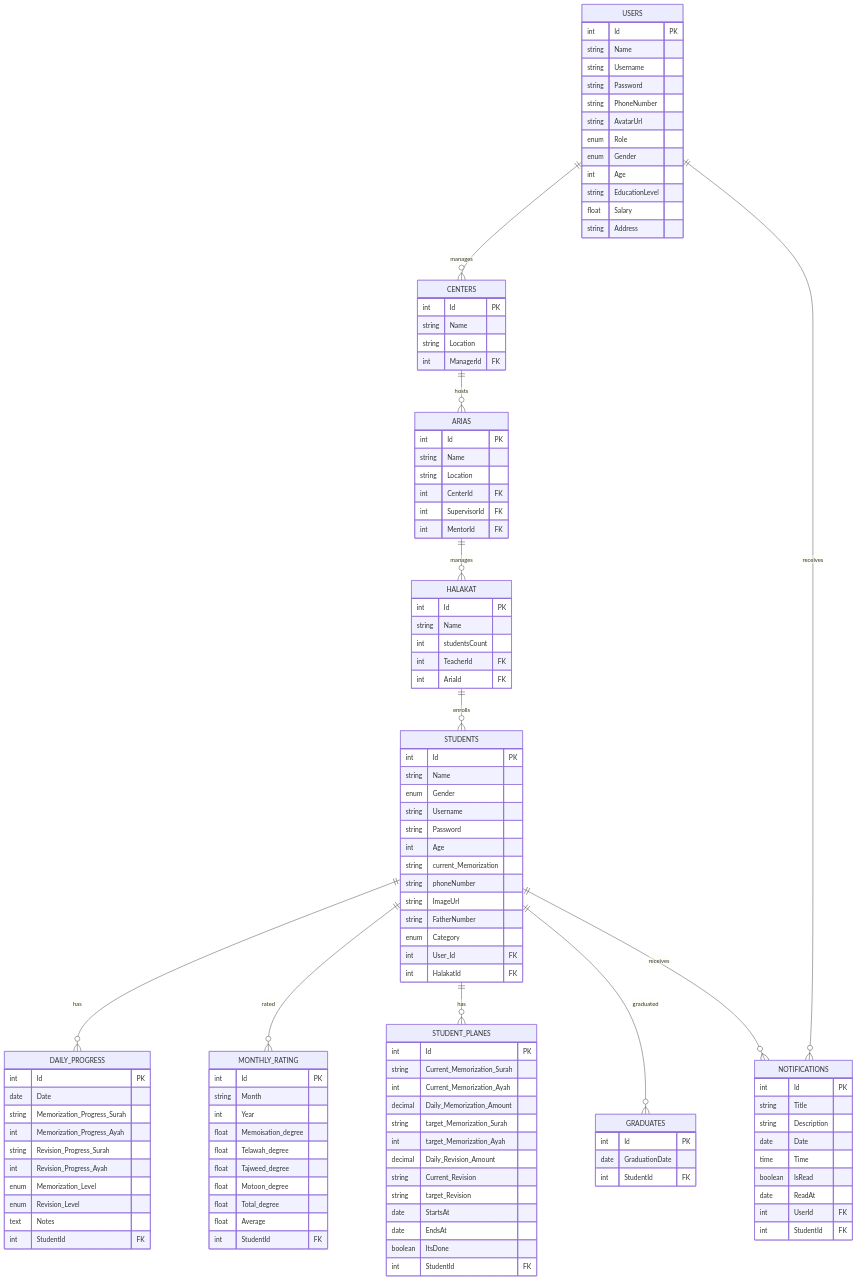
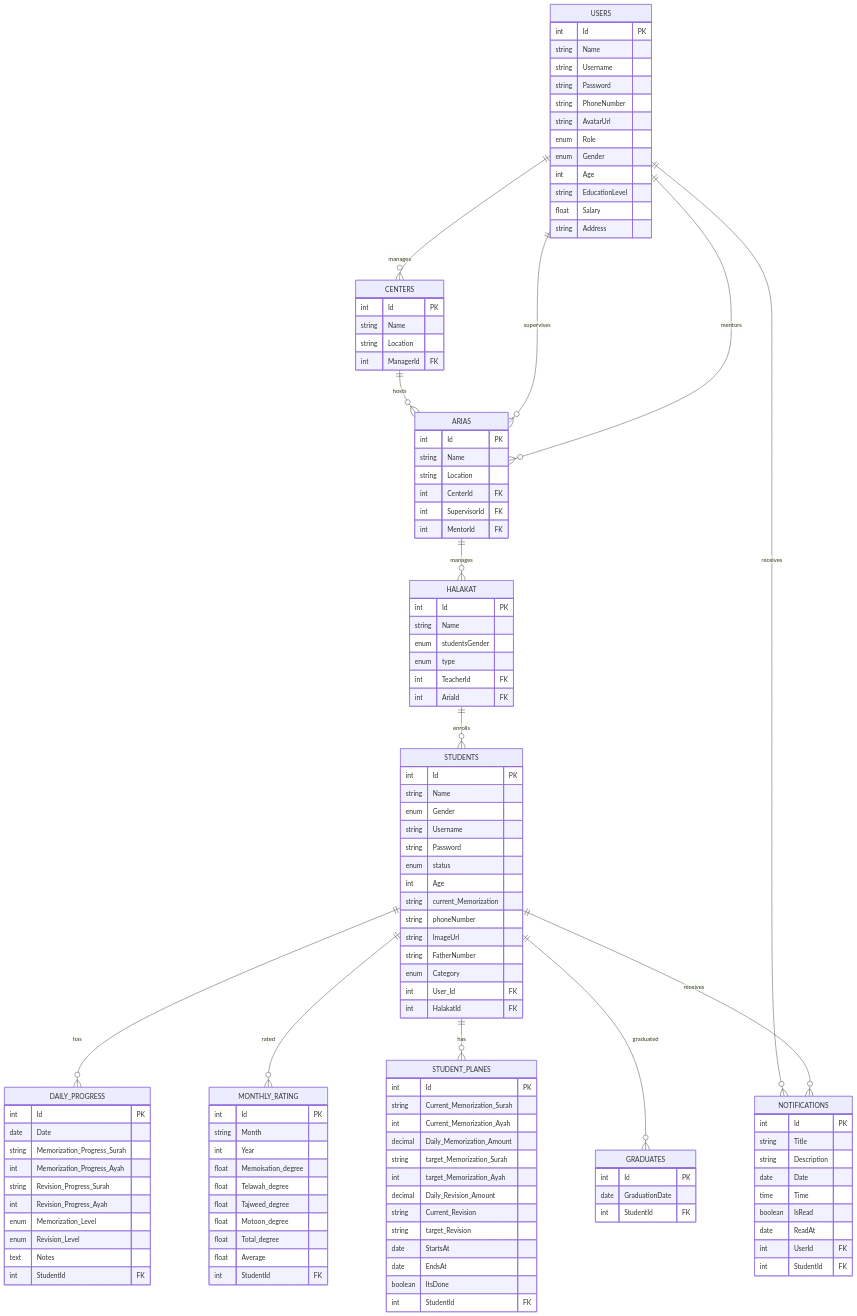
Before and after one commit to Mreng78/khirocom_project: the second of 5 diagrams in .qoder/repowiki/en/content/Database Design/Database Design.md, drawn with Mermaid. The commit also changed other lines of this file and 6 other files, not shown here.

````diff
--- a/.qoder/repowiki/en/content/Database Design/Database Design.md
+++ b/.qoder/repowiki/en/content/Database Design/Database Design.md
@@ -174,7 +175,8 @@
 HALAKAT {
 int Id PK
 string Name
-int studentsCount
+enum studentsGender
+enum type
 int TeacherId FK
 int AriaId FK
 }
@@ -184,6 +186,7 @@
 enum Gender
 string Username
 string Password
+enum status
 int Age
 string current_Memorization
 string phoneNumber
@@ -258,4 +261,6 @@
 STUDENTS ||--o{ GRADUATES : "graduated"
 USERS ||--o{ NOTIFICATIONS : "receives"
 STUDENTS ||--o{ NOTIFICATIONS : "receives"
+USERS ||--o{ ARIAS : "supervises"
+USERS ||--o{ ARIAS : "mentors"
 ```
````
